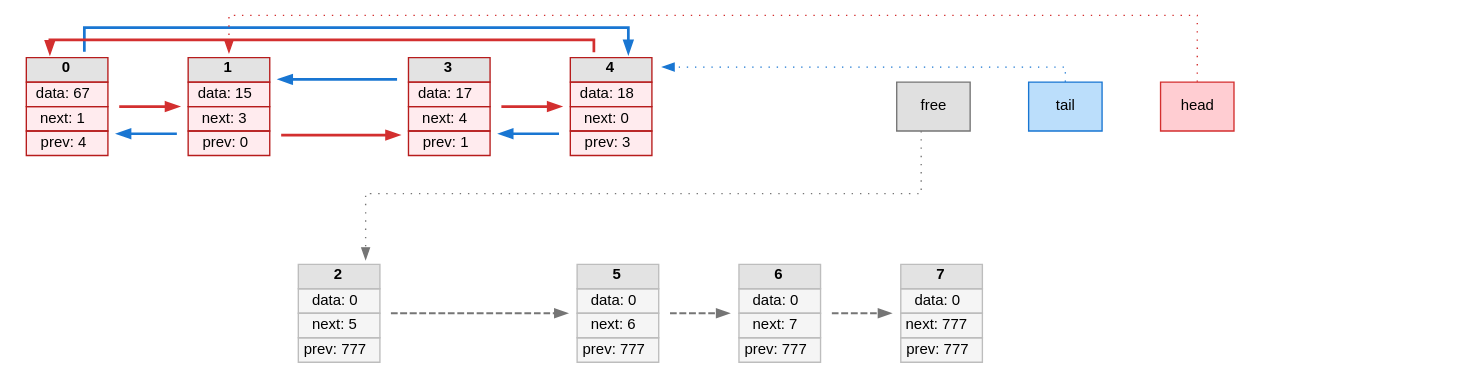
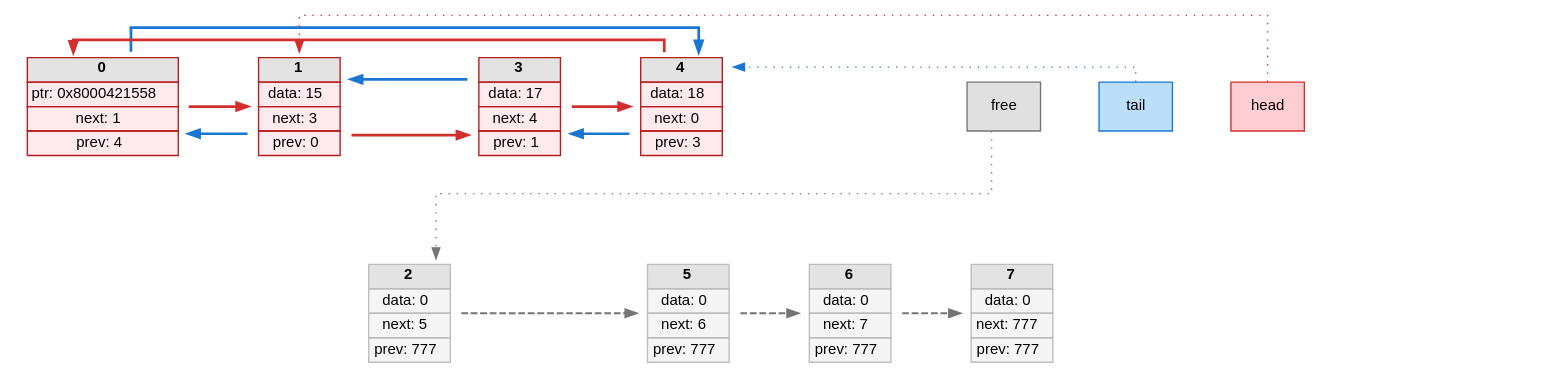
Before and after one commit to molushkax/lists: the diagram in list.dot, drawn with Graphviz. The commit also changed 12 other files, not shown here.

```diff
--- a/list.dot
+++ b/list.dot
@@ -1,125 +1,125 @@
 digraph list {
   rankdir=TB;
   splines=ortho;
   nodesep=0.6;
   ranksep=1.0;
   node [shape=none, fontname="Helvetica", fontsize=11];
   edge [fontname="Helvetica", fontsize=10, arrowsize=0.8];
 
   n0 [label=<
     <TABLE BORDER="0" CELLBORDER="1" CELLSPACING="0" BGCOLOR="#FFEBEE" COLOR="#B71C1C">
       <TR><TD PORT="idx" BGCOLOR="#E3E3E3" WIDTH="40"><B>0</B></TD></TR>
-      <TR><TD PORT="data" WIDTH="60">data: 67</TD></TR>
+      <TR><TD PORT="data" WIDTH="60">ptr: 0x8000421558</TD></TR>
       <TR><TD PORT="next" WIDTH="60">next: 1</TD></TR>
       <TR><TD PORT="prev" WIDTH="60">prev: 4</TD></TR>
     </TABLE>
   >];
 
   n1 [label=<
     <TABLE BORDER="0" CELLBORDER="1" CELLSPACING="0" BGCOLOR="#FFEBEE" COLOR="#B71C1C">
       <TR><TD PORT="idx" BGCOLOR="#E3E3E3" WIDTH="40"><B>1</B></TD></TR>
       <TR><TD PORT="data" WIDTH="60">data: 15</TD></TR>
       <TR><TD PORT="next" WIDTH="60">next: 3</TD></TR>
       <TR><TD PORT="prev" WIDTH="60">prev: 0</TD></TR>
     </TABLE>
   >];
 
   n2 [label=<
     <TABLE BORDER="0" CELLBORDER="1" CELLSPACING="0" BGCOLOR="#F5F5F5" COLOR="#BDBDBD">
       <TR><TD PORT="idx" BGCOLOR="#E3E3E3" WIDTH="40"><B>2</B></TD></TR>
       <TR><TD PORT="data" WIDTH="60">data: 0</TD></TR>
       <TR><TD PORT="next" WIDTH="60">next: 5</TD></TR>
       <TR><TD PORT="prev" WIDTH="60">prev: 777</TD></TR>
     </TABLE>
   >];
 
   n3 [label=<
     <TABLE BORDER="0" CELLBORDER="1" CELLSPACING="0" BGCOLOR="#FFEBEE" COLOR="#B71C1C">
       <TR><TD PORT="idx" BGCOLOR="#E3E3E3" WIDTH="40"><B>3</B></TD></TR>
       <TR><TD PORT="data" WIDTH="60">data: 17</TD></TR>
       <TR><TD PORT="next" WIDTH="60">next: 4</TD></TR>
       <TR><TD PORT="prev" WIDTH="60">prev: 1</TD></TR>
     </TABLE>
   >];
 
   n4 [label=<
     <TABLE BORDER="0" CELLBORDER="1" CELLSPACING="0" BGCOLOR="#FFEBEE" COLOR="#B71C1C">
       <TR><TD PORT="idx" BGCOLOR="#E3E3E3" WIDTH="40"><B>4</B></TD></TR>
       <TR><TD PORT="data" WIDTH="60">data: 18</TD></TR>
       <TR><TD PORT="next" WIDTH="60">next: 0</TD></TR>
       <TR><TD PORT="prev" WIDTH="60">prev: 3</TD></TR>
     </TABLE>
   >];
 
   n5 [label=<
     <TABLE BORDER="0" CELLBORDER="1" CELLSPACING="0" BGCOLOR="#F5F5F5" COLOR="#BDBDBD">
       <TR><TD PORT="idx" BGCOLOR="#E3E3E3" WIDTH="40"><B>5</B></TD></TR>
       <TR><TD PORT="data" WIDTH="60">data: 0</TD></TR>
       <TR><TD PORT="next" WIDTH="60">next: 6</TD></TR>
       <TR><TD PORT="prev" WIDTH="60">prev: 777</TD></TR>
     </TABLE>
   >];
 
   n6 [label=<
     <TABLE BORDER="0" CELLBORDER="1" CELLSPACING="0" BGCOLOR="#F5F5F5" COLOR="#BDBDBD">
       <TR><TD PORT="idx" BGCOLOR="#E3E3E3" WIDTH="40"><B>6</B></TD></TR>
       <TR><TD PORT="data" WIDTH="60">data: 0</TD></TR>
       <TR><TD PORT="next" WIDTH="60">next: 7</TD></TR>
       <TR><TD PORT="prev" WIDTH="60">prev: 777</TD></TR>
     </TABLE>
   >];
 
   n7 [label=<
     <TABLE BORDER="0" CELLBORDER="1" CELLSPACING="0" BGCOLOR="#F5F5F5" COLOR="#BDBDBD">
       <TR><TD PORT="idx" BGCOLOR="#E3E3E3" WIDTH="40"><B>7</B></TD></TR>
       <TR><TD PORT="data" WIDTH="60">data: 0</TD></TR>
       <TR><TD PORT="next" WIDTH="60">next: 777</TD></TR>
       <TR><TD PORT="prev" WIDTH="60">prev: 777</TD></TR>
     </TABLE>
   >];
 
   phantom2 [shape=point, style=invis, width=0, height=0];
   phantom5 [shape=point, style=invis, width=0, height=0];
   phantom6 [shape=point, style=invis, width=0, height=0];
   phantom7 [shape=point, style=invis, width=0, height=0];
   { rank=same; n0; n1; phantom2; n3; n4; phantom5; phantom6; phantom7; }
   { rank=same; n2; n5; n6; n7; }
 
   phantom0 [shape=point, style=invis, width=0, height=0];
   phantom1 [shape=point, style=invis, width=0, height=0];
   phantom2 [shape=point, style=invis, width=0, height=0];
   phantom3 [shape=point, style=invis, width=0, height=0];
   phantom4 [shape=point, style=invis, width=0, height=0];
   phantom5 [shape=point, style=invis, width=0, height=0];
   phantom6 [shape=point, style=invis, width=0, height=0];
   phantom7 [shape=point, style=invis, width=0, height=0];
   phantom2 -> n2 [style=invis, weight=1];
   phantom5 -> n5 [style=invis, weight=1];
   phantom6 -> n6 [style=invis, weight=1];
   phantom7 -> n7 [style=invis, weight=1];
   n0 -> n1 [style=invis, weight=10];
   n1 -> phantom2 [style=invis, weight=10];
   phantom2 -> n3 [style=invis, weight=10];
   n3 -> n4 [style=invis, weight=10];
   n4 -> phantom5 [style=invis, weight=10];
   phantom5 -> phantom6 [style=invis, weight=10];
   phantom6 -> phantom7 [style=invis, weight=10];
   n0 -> n1 [style=bold, color="#D32F2F", penwidth=2, constraint=false];
   n1 -> n3 [style=bold, color="#D32F2F", penwidth=2, constraint=false];
   n3 -> n4 [style=bold, color="#D32F2F", penwidth=2, constraint=false];
   n4 -> n0 [style=bold, color="#D32F2F", penwidth=2, constraint=false];
   n0 -> n4 [style=bold, color="#1976D2", penwidth=2, constraint=false];
   n1 -> n0 [style=bold, color="#1976D2", penwidth=2, constraint=false];
   n3 -> n1 [style=bold, color="#1976D2", penwidth=2, constraint=false];
   n4 -> n3 [style=bold, color="#1976D2", penwidth=2, constraint=false];
   n2 -> n5 [style=dashed, color="#757575", penwidth=1.5, constraint=false];
   n5 -> n6 [style=dashed, color="#757575", penwidth=1.5, constraint=false];
   n6 -> n7 [style=dashed, color="#757575", penwidth=1.5, constraint=false];
 
   head_label [shape=box, style="filled", fillcolor="#FFCDD2", color="#D32F2F", label="head"];
   tail_label   [shape=box, style="filled", fillcolor="#BBDEFB", color="#1976D2", label="tail"];
   free_label   [shape=box, style="filled", fillcolor="#E0E0E0", color="#757575", label="free"];
   head_label -> n1 [style=dotted, color="#D32F2F", constraint=false];
   tail_label -> n4 [style=dotted, color="#1976D2", constraint=false];
   free_label -> n2 [style=dotted, color="#757575", constraint=false];
 }
```
